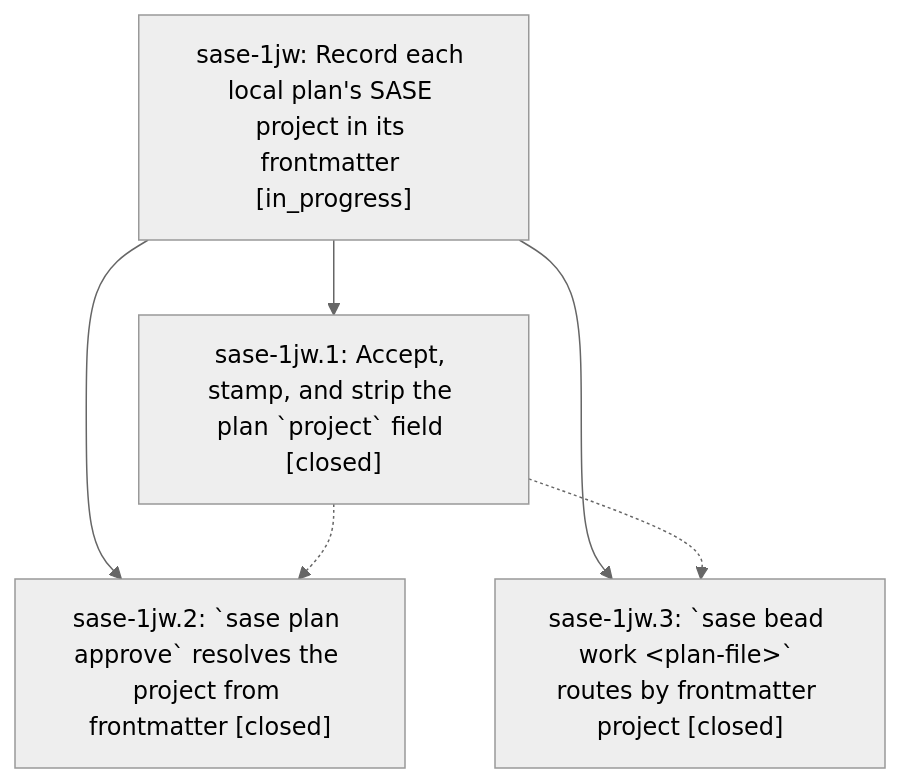
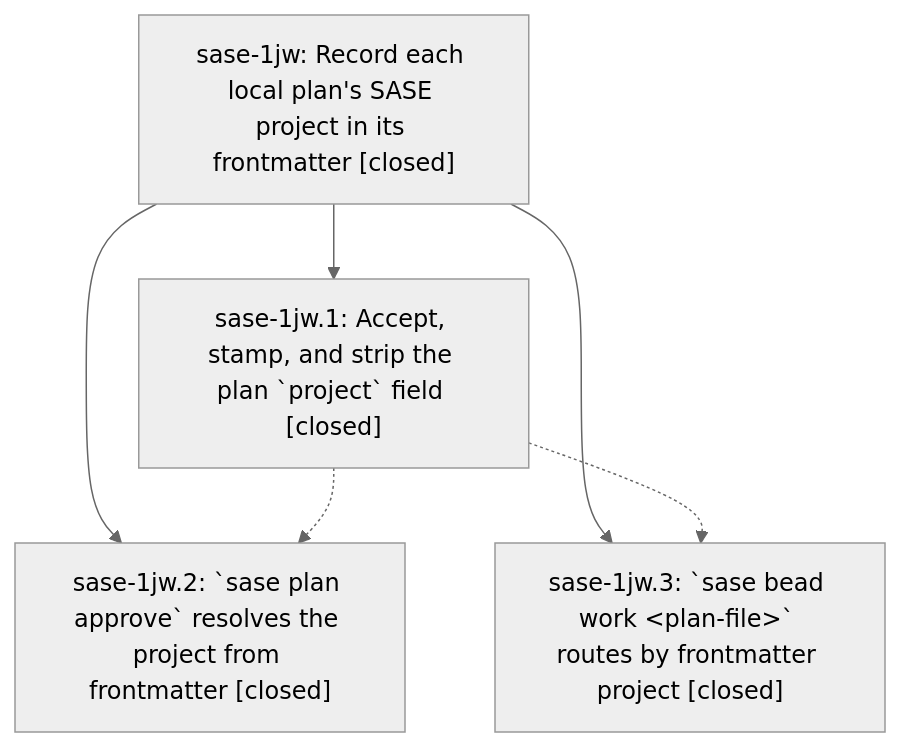
Before and after one commit to sase-org/sase--beads: the diagram in pages/sase-1jw/README.md, drawn with Mermaid (neutral theme). The commit also changed other lines of this file and 2 other files, not shown here.

First line of the commit message:
chore(beads): sync bead state and pages for sase-1jw

````diff
--- a/pages/sase-1jw/README.md
+++ b/pages/sase-1jw/README.md
@@ -36,12 +66,12 @@
 ```mermaid
 flowchart TD
-    n0["sase-1jw: Record each local plan's SASE project in its frontmatter [in_progress]"]
+    n0["sase-1jw: Record each local plan's SASE project in its frontmatter [closed]"]
     n1["sase-1jw.1: Accept, stamp, and strip the plan `project` field [closed]"]
     n2["sase-1jw.2: `sase plan approve` resolves the project from frontmatter [closed]"]
     n3["sase-1jw.3: `sase bead work &lt;plan-file&gt;` routes by frontmatter project [closed]"]
     n0 --> n1
     n0 --> n2
     n0 --> n3
     n1 -.-> n2
     n1 -.-> n3
 ```
````
